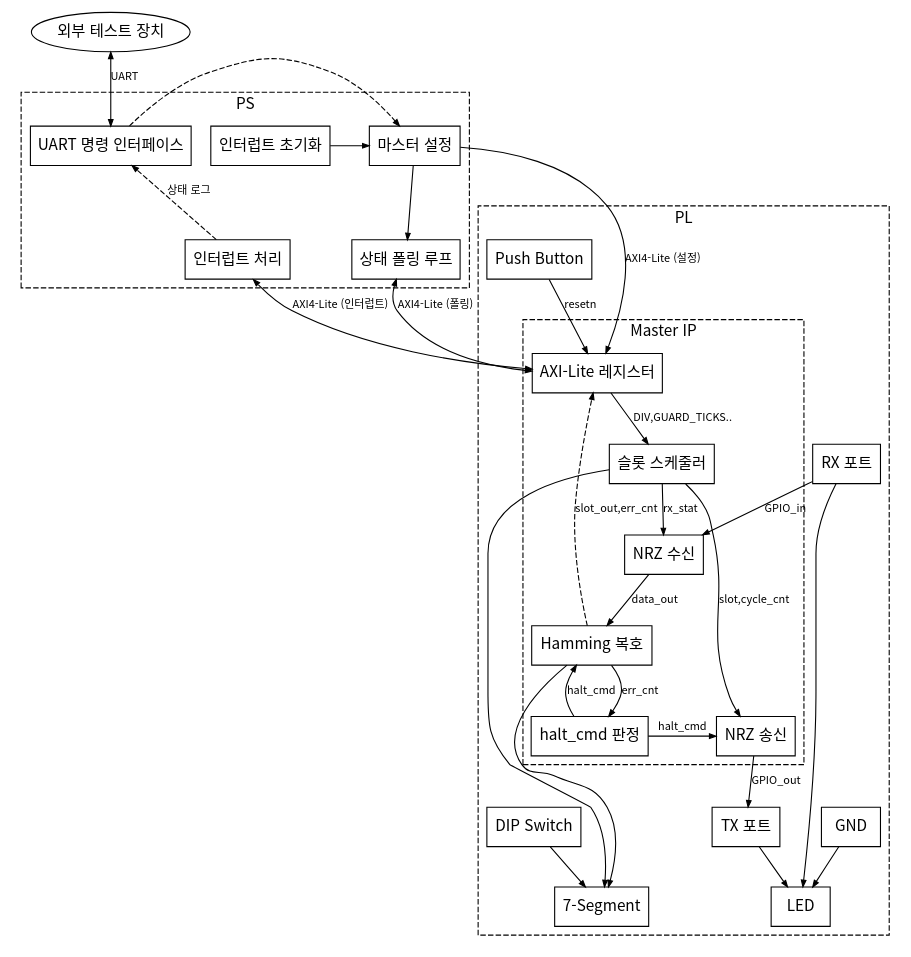
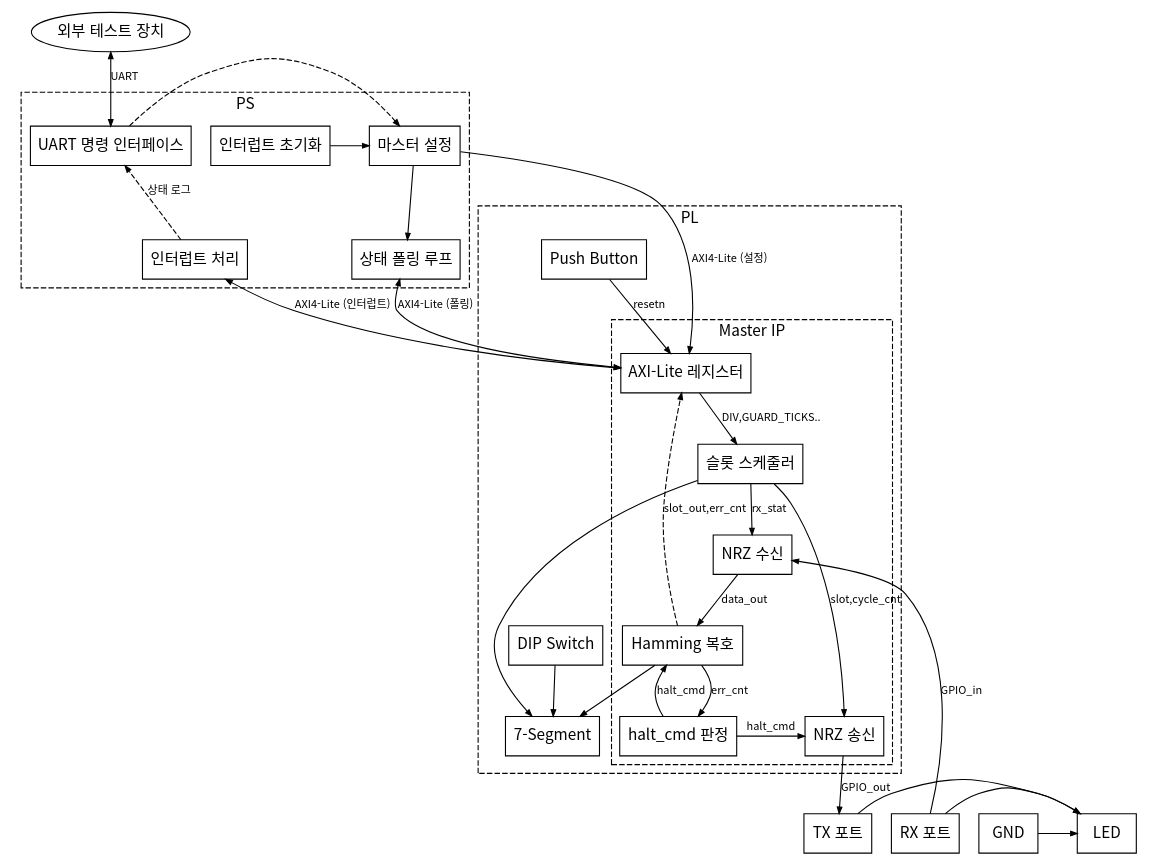
The diagram in diagrams/full_stack.dot (Woodong02/SoC_Design_and_Programming), drawn with Graphviz before and after one commit. The commit also changed 2 other files, not shown here.

Commit message:
Move TX/RX/GND fully outside PS and PL, lock relationship spec
GND/TX/RX 포트를 PL뿐 아니라 PS 밖으로도 명확히 분리하고 LED와
같은 랭크로 묶어 여백을 줄인 컴팩트 배치로 재구성. 확정된 요소와
관계는 master_full_relations.md로 별도 고정.

```diff
--- a/diagrams/full_stack.dot
+++ b/diagrams/full_stack.dot
@@ -1,88 +1,91 @@
 digraph G {
     rankdir=TB;
     fontname="Noto Sans CJK KR";
     node [shape=box, fontname="Noto Sans CJK KR", fontsize=14, color=black];
     edge [fontname="Noto Sans CJK KR", fontsize=10, color=black, arrowsize=0.6];
 
     EXT [label="외부 테스트 장치", shape=ellipse];
     GND [label="GND"];
     TXP [label="TX 포트"];
     RXP [label="RX 포트"];
 
     subgraph cluster_ps {
         label="PS";
         style=dashed;
         fontname="Noto Sans CJK KR";
 
         INIT [label="인터럽트 초기화"];
         CFG  [label="마스터 설정"];
         UARTCMD [label="UART 명령 인터페이스"];
         ISR  [label="인터럽트 처리"];
         POLL [label="상태 폴링 루프"];
 
         { rank=same; INIT; CFG; UARTCMD; }
         { rank=same; ISR; POLL; }
 
         INIT -> CFG;
         CFG  -> POLL;
         UARTCMD -> CFG [style=dashed];
         ISR  -> UARTCMD [style=dashed, label="상태 로그"];
     }
 
 
     subgraph cluster_pl {
         label="PL";
         style=dashed;
         fontname="Noto Sans CJK KR";
 
         LED [label="LED"];
         DIP [label="DIP Switch"];
         PB  [label="Push Button"];
         SEG [label="7-Segment"];
 
         subgraph cluster_master {
             label="Master IP";
             style=dashed;
             fontname="Noto Sans CJK KR";
 
             AXI  [label="AXI-Lite 레지스터"];
             SLOT [label="슬롯 스케줄러"];
             RX   [label="NRZ 수신"];
             DEC  [label="Hamming 복호"];
             HALT [label="halt_cmd 판정"];
             TX   [label="NRZ 송신"];
 
             { rank=same; AXI; }
             { rank=same; SLOT; }
             { rank=same; RX; }
             { rank=same; DEC; }
             { rank=same; HALT; TX; }
 
             AXI  -> SLOT [label="DIV,GUARD_TICKS.."];
             SLOT -> RX   [label="rx_stat"];
             RX   -> DEC  [label="data_out"];
             DEC  -> HALT [label="err_cnt"];
             HALT -> TX   [label="halt_cmd"];
             HALT -> DEC  [label="halt_cmd"];
             SLOT -> TX   [label="slot,cycle_cnt"];
             DEC  -> AXI  [label="slot_out,err_cnt", style=dashed];
         }
 
         { rank=same; LED; SEG; }
 
-        GND -> LED;
-        TXP -> LED;
-        RXP -> LED;
-        TX  -> TXP [label="GPIO_out"];
-        RXP -> RX  [label="GPIO_in"];
         DIP -> SEG;
         SLOT -> SEG;
         DEC  -> SEG;
         PB   -> AXI [label="resetn"];
     }
 
+    { rank=same; GND; TXP; RXP; LED; }
+
+    GND -> LED;
+    TXP -> LED;
+    RXP -> LED;
+    TX  -> TXP [label="GPIO_out"];
+    RXP -> RX  [label="GPIO_in"];
+
     EXT -> UARTCMD [label="UART", dir=both];
     CFG  -> AXI [label="AXI4-Lite (설정)"];
     POLL -> AXI [label="AXI4-Lite (폴링)", dir=both];
     ISR  -> AXI [label="AXI4-Lite (인터럽트)", dir=both];
 }
```
